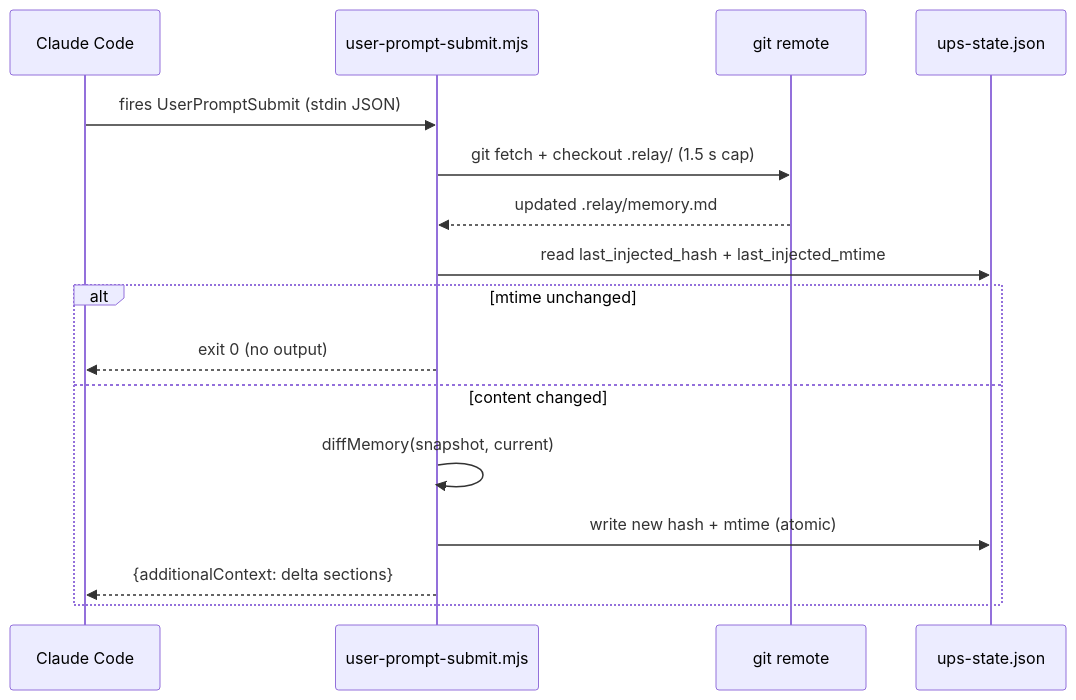
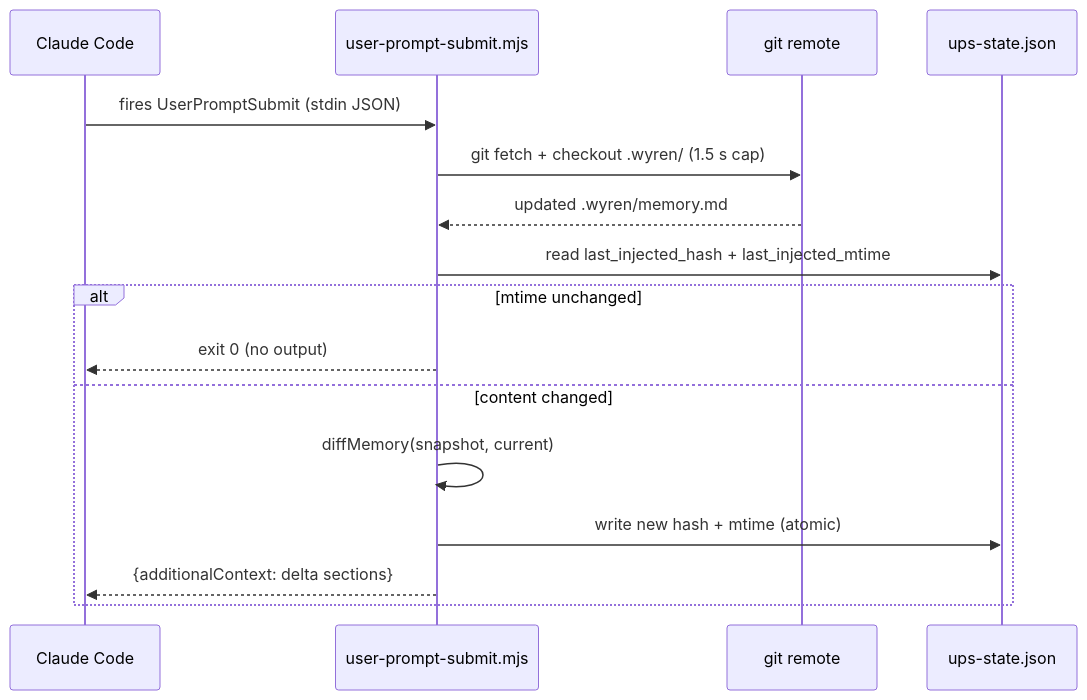
Before and after one commit to ssm-08/wyren: the third of 4 diagrams in docs-site/src/content/docs/architecture.md, drawn with Mermaid. The commit also changed other lines of this file and 62 other files, not shown here.

Commit message:
Renaming project from relay to wyren

````diff
--- a/docs-site/src/content/docs/architecture.md
+++ b/docs-site/src/content/docs/architecture.md
@@ -76,19 +76,19 @@
 ```mermaid
 sequenceDiagram
     participant CC as Claude Code
     participant UPS as user-prompt-submit.mjs
     participant Git as git remote
     participant State as ups-state.json
 
     CC->>UPS: fires UserPromptSubmit (stdin JSON)
-    UPS->>Git: git fetch + checkout .relay/ (1.5 s cap)
-    Git-->>UPS: updated .relay/memory.md
+    UPS->>Git: git fetch + checkout .wyren/ (1.5 s cap)
+    Git-->>UPS: updated .wyren/memory.md
     UPS->>State: read last_injected_hash + last_injected_mtime
     alt mtime unchanged
         UPS-->>CC: exit 0 (no output)
     else content changed
         UPS->>UPS: diffMemory(snapshot, current)
         UPS->>State: write new hash + mtime (atomic)
         UPS-->>CC: {additionalContext: delta sections}
     end
 ```
````
